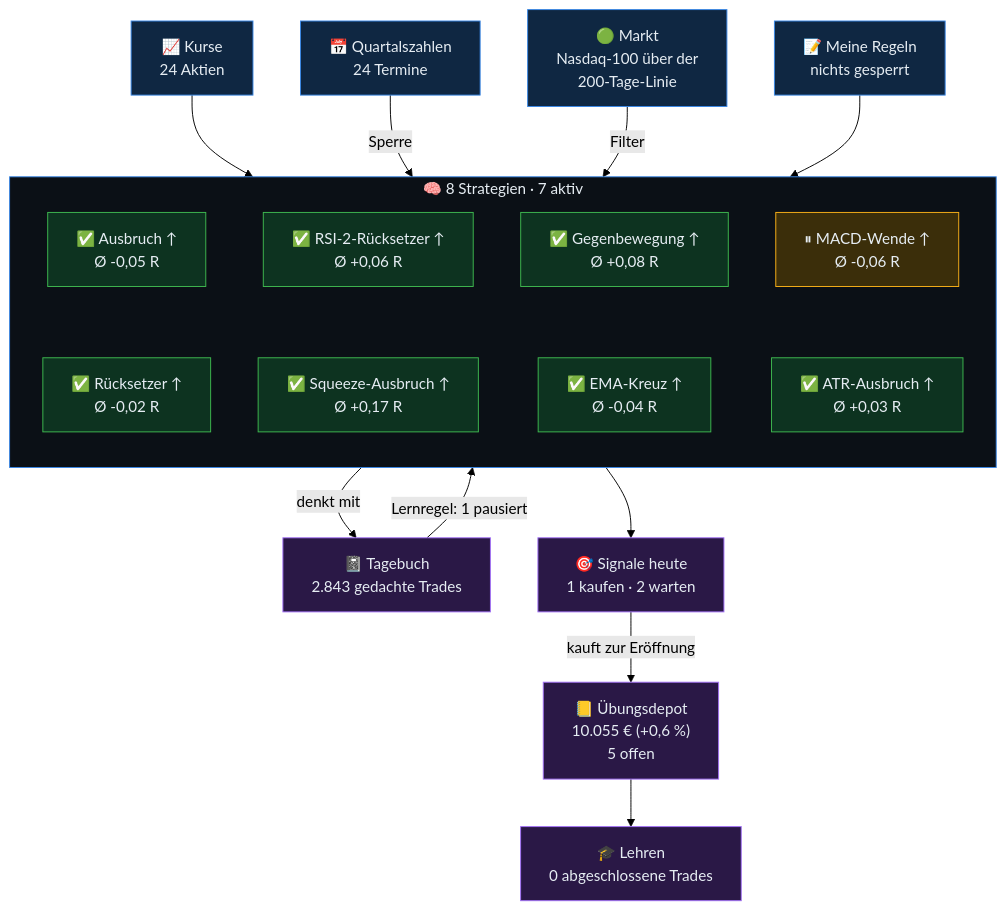
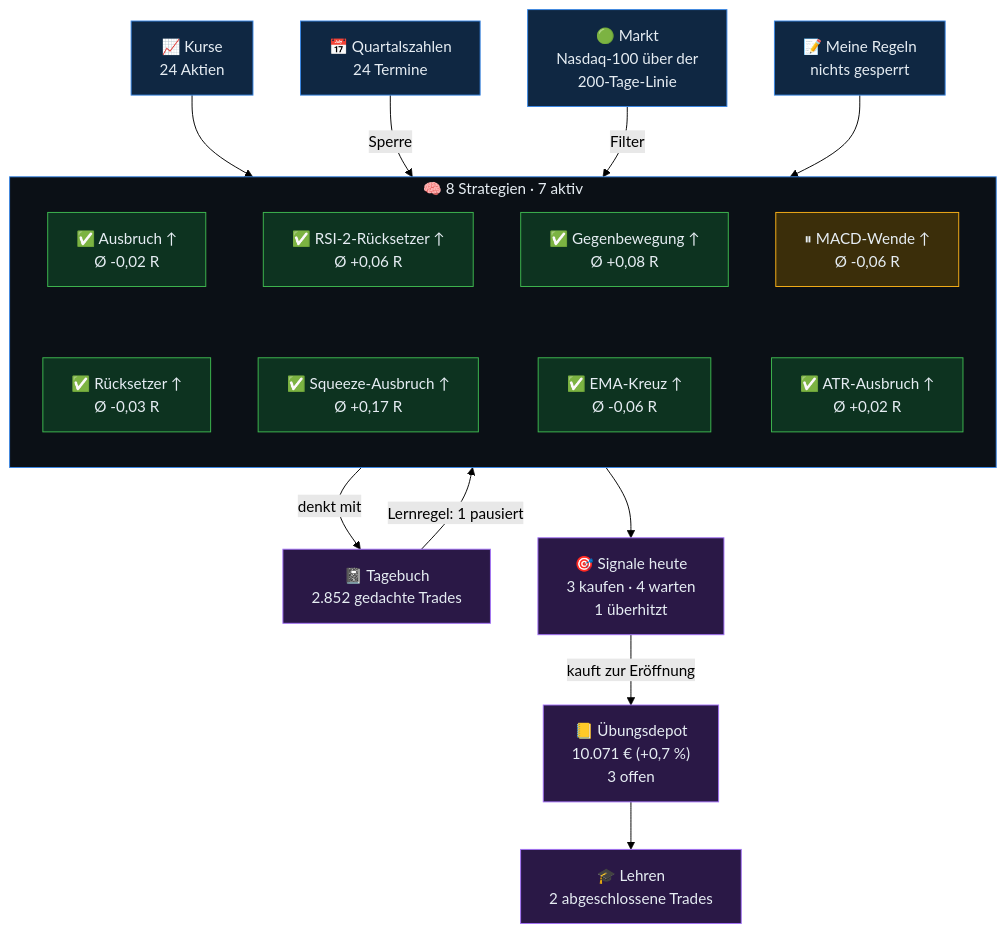
The diagram in gehirn/Start.md (sickingmalte-arch/Test-Bot), drawn with Mermaid (forest theme) before and after one commit. The commit also changed other lines of this file and 40 other files, not shown here.

````diff
--- a/gehirn/Start.md
+++ b/gehirn/Start.md
@@ -9,47 +9,47 @@
 ```mermaid
 flowchart TB
   kurse["📈 Kurse<br/>24 Aktien"]
   termine["📅 Quartalszahlen<br/>24 Termine"]
   markt["🟢 Markt<br/>Nasdaq-100 über der<br/>200-Tage-Linie"]
   regeln["📝 Meine Regeln<br/>nichts gesperrt"]
   subgraph KERN["🧠 8 Strategien · 7 aktiv"]
     direction TB
-    s0["✅ Ausbruch ↑<br/>Ø -0,05 R"]
+    s0["✅ Ausbruch ↑<br/>Ø -0,02 R"]
     s1["✅ RSI-2-Rücksetzer ↑<br/>Ø +0,06 R"]
     s2["✅ Gegenbewegung ↑<br/>Ø +0,08 R"]
     s3["⏸ MACD-Wende ↑<br/>Ø -0,06 R"]
-    s4["✅ Rücksetzer ↑<br/>Ø -0,02 R"]
+    s4["✅ Rücksetzer ↑<br/>Ø -0,03 R"]
     s5["✅ Squeeze-Ausbruch ↑<br/>Ø +0,17 R"]
-    s6["✅ EMA-Kreuz ↑<br/>Ø -0,04 R"]
-    s7["✅ ATR-Ausbruch ↑<br/>Ø +0,03 R"]
+    s6["✅ EMA-Kreuz ↑<br/>Ø -0,06 R"]
+    s7["✅ ATR-Ausbruch ↑<br/>Ø +0,02 R"]
     s0 ~~~ s4
     s1 ~~~ s5
     s2 ~~~ s6
     s3 ~~~ s7
   end
-  tb["📓 Tagebuch<br/>2.843 gedachte Trades"]
-  sig["🎯 Signale heute<br/>1 kaufen · 2 warten"]
-  depot["📒 Übungsdepot<br/>10.055 € (+0,6 %)<br/>5 offen"]
-  lehren["🎓 Lehren<br/>0 abgeschlossene Trades"]
+  tb["📓 Tagebuch<br/>2.852 gedachte Trades"]
+  sig["🎯 Signale heute<br/>3 kaufen · 4 warten<br/>1 überhitzt"]
+  depot["📒 Übungsdepot<br/>10.071 € (+0,7 %)<br/>3 offen"]
+  lehren["🎓 Lehren<br/>2 abgeschlossene Trades"]
   kurse --> KERN
   termine -->|Sperre| KERN
   markt -->|Filter| KERN
   regeln --> KERN
   KERN -->|denkt mit| tb
   tb -->|Lernregel: 1 pausiert| KERN
   KERN --> sig
   sig -->|kauft zur Eröffnung| depot
   depot --> lehren
   classDef ein fill:#0f2742,stroke:#3987e5,color:#e6edf3
   classDef rot fill:#3d1414,stroke:#f47067,color:#e6edf3
   classDef aktiv fill:#0d3320,stroke:#3fb950,color:#e6edf3
   classDef pausiert fill:#3b2e0a,stroke:#fab219,color:#e6edf3
   classDef aus fill:#22272e,stroke:#6e7681,color:#9ba7b4
   classDef aus2 fill:#2a1846,stroke:#a371f7,color:#e6edf3
   class kurse,termine,regeln ein
   class markt ein
   class tb,sig,depot,lehren aus2
   class s0,s1,s2,s4,s5,s6,s7 aktiv
   class s3 pausiert
   style KERN fill:#0b1016,stroke:#3987e5,color:#e6edf3
 ```
````
